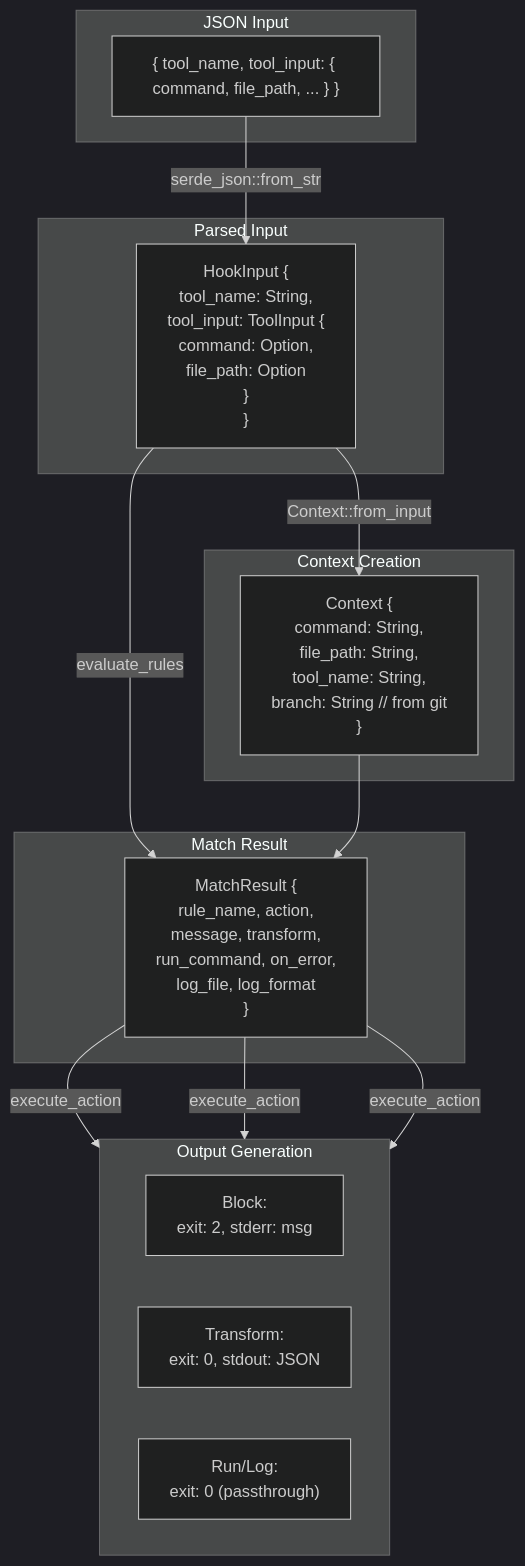
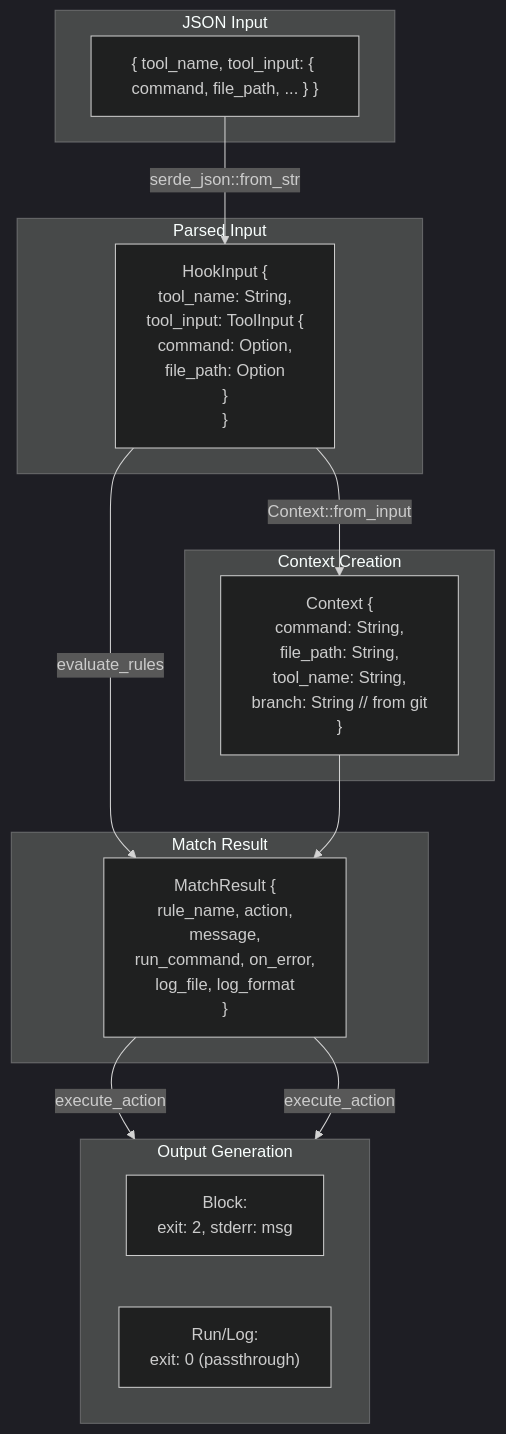
The eighth of 8 diagrams in docs/ARCHITECTURE.md (1gy/cchooked), drawn with Mermaid (dark theme) before and after one commit. The commit also changed other lines of this file and 8 other files, not shown here.

First line of the commit message:
feat!: Remove transform action feature

````diff
--- a/docs/ARCHITECTURE.md
+++ b/docs/ARCHITECTURE.md
@@ -370,33 +357,31 @@
 ```mermaid
 flowchart TB
     subgraph "JSON Input"
         I1["{ tool_name, tool_input: { command, file_path, ... } }"]
     end
 
     subgraph "Parsed Input"
         I2["HookInput {<br/>  tool_name: String,<br/>  tool_input: ToolInput {<br/>    command: Option<String>,<br/>    file_path: Option<String><br/>  }<br/>}"]
     end
 
     subgraph "Context Creation"
         I3["Context {<br/>  command: String,<br/>  file_path: String,<br/>  tool_name: String,<br/>  branch: String  // from git<br/>}"]
     end
 
     subgraph "Match Result"
-        I4["MatchResult {<br/>  rule_name, action,<br/>  message, transform,<br/>  run_command, on_error,<br/>  log_file, log_format<br/>}"]
+        I4["MatchResult {<br/>  rule_name, action,<br/>  message,<br/>  run_command, on_error,<br/>  log_file, log_format<br/>}"]
     end
 
     subgraph "Output Generation"
         direction LR
         O1["Block:<br/>exit: 2, stderr: msg"]
-        O2["Transform:<br/>exit: 0, stdout: JSON"]
-        O3["Run/Log:<br/>exit: 0 (passthrough)"]
+        O2["Run/Log:<br/>exit: 0 (passthrough)"]
     end
 
     I1 -->|serde_json::from_str| I2
     I2 -->|Context::from_input| I3
     I2 -->|evaluate_rules| I4
     I3 --> I4
     I4 -->|execute_action| O1
     I4 -->|execute_action| O2
-    I4 -->|execute_action| O3
 ```
````
